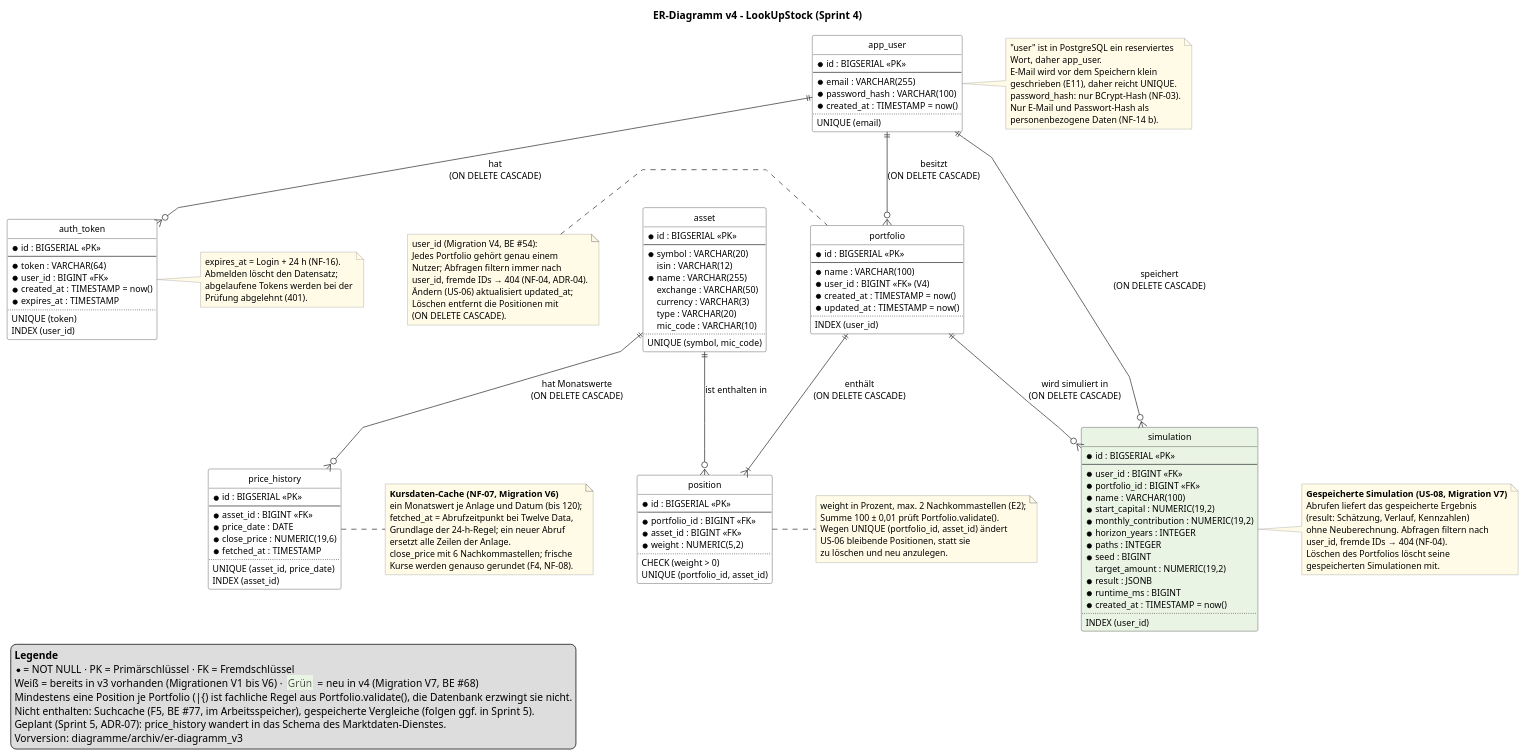
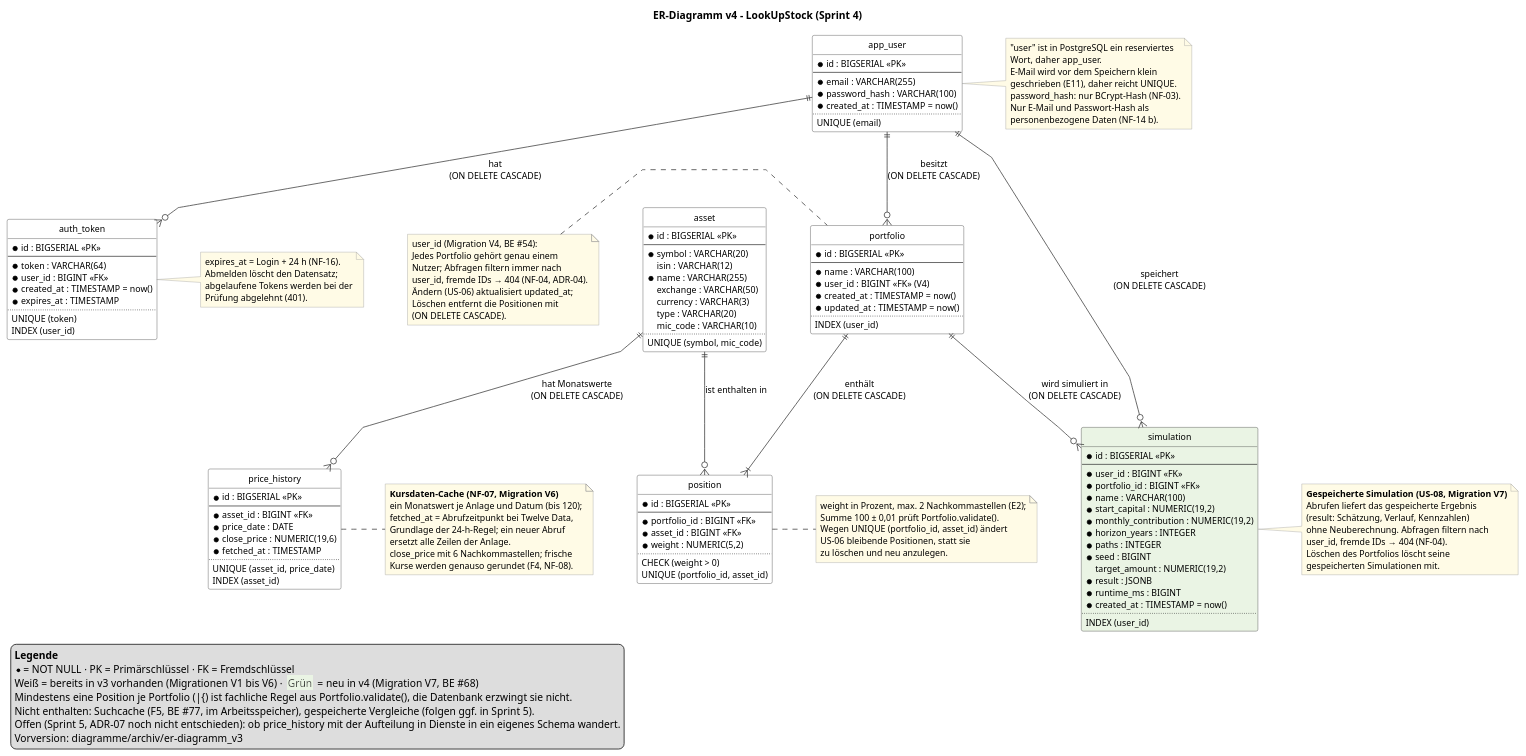
The diagram in diagramme/er-diagramm_v4.puml (LookUpStock/Look-Up-Stock-Docs), drawn with PlantUML before and after one commit. The commit also changed 11 other files, not shown here.

Commit message:
Korrekturen aus dem Docs-Review Sprint 4: ADR-04-Status, API-Design Vergleiche, Diagramme, Testabdeckung (#146)

```diff
--- a/diagramme/er-diagramm_v4.puml
+++ b/diagramme/er-diagramm_v4.puml
@@ -1,197 +1,198 @@
 @startuml er-diagramm_v4
 ' LookUpStock – ER-Diagramm v4 (PostgreSQL)
 ' Sprint 4 · Stand 21.10.2026
 ' Grundlagen: Flyway-Migrationen V1 bis V7, Backend main, Stand 21.10.2026,
 '             ER-Diagramm v3, NF-04, NF-07, NF-08
 ' Änderungen gegenüber v3:
 '   - Neu (Migration V7, BE #68): Tabelle simulation für gespeicherte Simulationen (US-08);
 '     Parameter als Spalten, berechnetes Ergebnis als JSONB (ohne Neuberechnung abrufbar)
 '   - Unverändert: app_user, auth_token, portfolio, position, asset, price_history
 ' Notation: Krähenfuß (Information Engineering) · Werkzeug: PlantUML
+' Korrektur 25.10.2026 (Docs-Review): Legende zu ADR-07 als offen statt geplant formuliert
 
 hide circle
 skinparam linetype polyline
 skinparam nodesep 60
 skinparam ranksep 70
 skinparam shadowing false
 skinparam defaultFontName Arial
 skinparam defaultFontSize 12
 skinparam class {
   BackgroundColor #FFFFFF
   BorderColor #333333
   ArrowColor #333333
   BackgroundColor<<geplant>> #EEEEEE
   BorderColor<<geplant>> #888888
   BackgroundColor<<neu>> #EAF4E4
 }
 skinparam note {
   BackgroundColor #FFFBE6
   BorderColor #999999
 }
 hide stereotype
 
 title ER-Diagramm v4 – LookUpStock (Sprint 4)
 
 entity "app_user" as app_user {
   * id : BIGSERIAL <<PK>>
   --
   * email : VARCHAR(255)
   * password_hash : VARCHAR(100)
   * created_at : TIMESTAMP = now()
   ..
   UNIQUE (email)
 }
 
 entity "auth_token" as auth_token {
   * id : BIGSERIAL <<PK>>
   --
   * token : VARCHAR(64)
   * user_id : BIGINT <<FK>>
   * created_at : TIMESTAMP = now()
   * expires_at : TIMESTAMP
   ..
   UNIQUE (token)
   INDEX (user_id)
 }
 
 entity "portfolio" as portfolio {
   * id : BIGSERIAL <<PK>>
   --
   * name : VARCHAR(100)
   * user_id : BIGINT <<FK>> (V4)
   * created_at : TIMESTAMP = now()
   * updated_at : TIMESTAMP = now()
   ..
   INDEX (user_id)
 }
 
 entity "position" as position {
   * id : BIGSERIAL <<PK>>
   --
   * portfolio_id : BIGINT <<FK>>
   * asset_id : BIGINT <<FK>>
   * weight : NUMERIC(5,2)
   ..
   CHECK (weight > 0)
   UNIQUE (portfolio_id, asset_id)
 }
 
 entity "asset" as asset {
   * id : BIGSERIAL <<PK>>
   --
   * symbol : VARCHAR(20)
   isin : VARCHAR(12)
   * name : VARCHAR(255)
   exchange : VARCHAR(50)
   currency : VARCHAR(3)
   type : VARCHAR(20)
   mic_code : VARCHAR(10)
   ..
   UNIQUE (symbol, mic_code)
 }
 
 entity "price_history" as price_history {
   * id : BIGSERIAL <<PK>>
   --
   * asset_id : BIGINT <<FK>>
   * price_date : DATE
   * close_price : NUMERIC(19,6)
   * fetched_at : TIMESTAMP
   ..
   UNIQUE (asset_id, price_date)
   INDEX (asset_id)
 }
 
 entity "simulation" as simulation <<neu>> {
   * id : BIGSERIAL <<PK>>
   --
   * user_id : BIGINT <<FK>>
   * portfolio_id : BIGINT <<FK>>
   * name : VARCHAR(100)
   * start_capital : NUMERIC(19,2)
   * monthly_contribution : NUMERIC(19,2)
   * horizon_years : INTEGER
   * paths : INTEGER
   * seed : BIGINT
   target_amount : NUMERIC(19,2)
   * result : JSONB
   * runtime_ms : BIGINT
   * created_at : TIMESTAMP = now()
   ..
   INDEX (user_id)
 }
 
 app_user ||--o{ auth_token : "hat\n(ON DELETE CASCADE)"
 app_user ||--o{ portfolio : "besitzt\n(ON DELETE CASCADE)"
 portfolio ||--|{ position : "enthält\n(ON DELETE CASCADE)"
 asset ||--o{ position : "ist enthalten in"
 asset ||--o{ price_history : "hat Monatswerte\n(ON DELETE CASCADE)"
 app_user ||--o{ simulation : "speichert\n(ON DELETE CASCADE)"
 portfolio ||--o{ simulation : "wird simuliert in\n(ON DELETE CASCADE)"
 
 note right of app_user
   "user" ist in PostgreSQL ein reserviertes
   Wort, daher app_user.
   E-Mail wird vor dem Speichern klein
   geschrieben (E11), daher reicht UNIQUE.
   password_hash: nur BCrypt-Hash (NF-03).
   Nur E-Mail und Passwort-Hash als
   personenbezogene Daten (NF-14 b).
 end note
 
 note right of auth_token
   expires_at = Login + 24 h (NF-16).
   Abmelden löscht den Datensatz;
   abgelaufene Tokens werden bei der
   Prüfung abgelehnt (401).
 end note
 
 note left of portfolio
   user_id (Migration V4, BE #54):
   Jedes Portfolio gehört genau einem
   Nutzer; Abfragen filtern immer nach
   user_id, fremde IDs → 404 (NF-04, ADR-04).
   Ändern (US-06) aktualisiert updated_at;
   Löschen entfernt die Positionen mit
   (ON DELETE CASCADE).
 end note
 
 note right of position
   weight in Prozent, max. 2 Nachkommastellen (E2);
   Summe 100 ± 0,01 prüft Portfolio.validate().
   Wegen UNIQUE (portfolio_id, asset_id) ändert
   US-06 bleibende Positionen, statt sie
   zu löschen und neu anzulegen.
 end note
 
 note right of price_history
   <b>Kursdaten-Cache (NF-07, Migration V6)</b>
   ein Monatswert je Anlage und Datum (bis 120);
   fetched_at = Abrufzeitpunkt bei Twelve Data,
   Grundlage der 24-h-Regel; ein neuer Abruf
   ersetzt alle Zeilen der Anlage.
   close_price mit 6 Nachkommastellen; frische
   Kurse werden genauso gerundet (F4, NF-08).
 end note
 
 note right of simulation
   <b>Gespeicherte Simulation (US-08, Migration V7)</b>
   Abrufen liefert das gespeicherte Ergebnis
   (result: Schätzung, Verlauf, Kennzahlen)
   ohne Neuberechnung. Abfragen filtern nach
   user_id, fremde IDs → 404 (NF-04).
   Löschen des Portfolios löscht seine
   gespeicherten Simulationen mit.
 end note
 
 legend bottom left
   <b>Legende</b>
   * = NOT NULL · PK = Primärschlüssel · FK = Fremdschlüssel
   Weiß = bereits in v3 vorhanden (Migrationen V1 bis V6) · <back:#EAF4E4> Grün </back> = neu in v4 (Migration V7, BE #68)
   Mindestens eine Position je Portfolio (|{) ist fachliche Regel aus Portfolio.validate(), die Datenbank erzwingt sie nicht.
   Nicht enthalten: Suchcache (F5, BE #77, im Arbeitsspeicher), gespeicherte Vergleiche (folgen ggf. in Sprint 5).
-  Geplant (Sprint 5, ADR-07): price_history wandert in das Schema des Marktdaten-Dienstes.
+  Offen (Sprint 5, ADR-07 noch nicht entschieden): ob price_history mit der Aufteilung in Dienste in ein eigenes Schema wandert.
   Vorversion: diagramme/archiv/er-diagramm_v3
 endlegend
 
 @enduml
```
